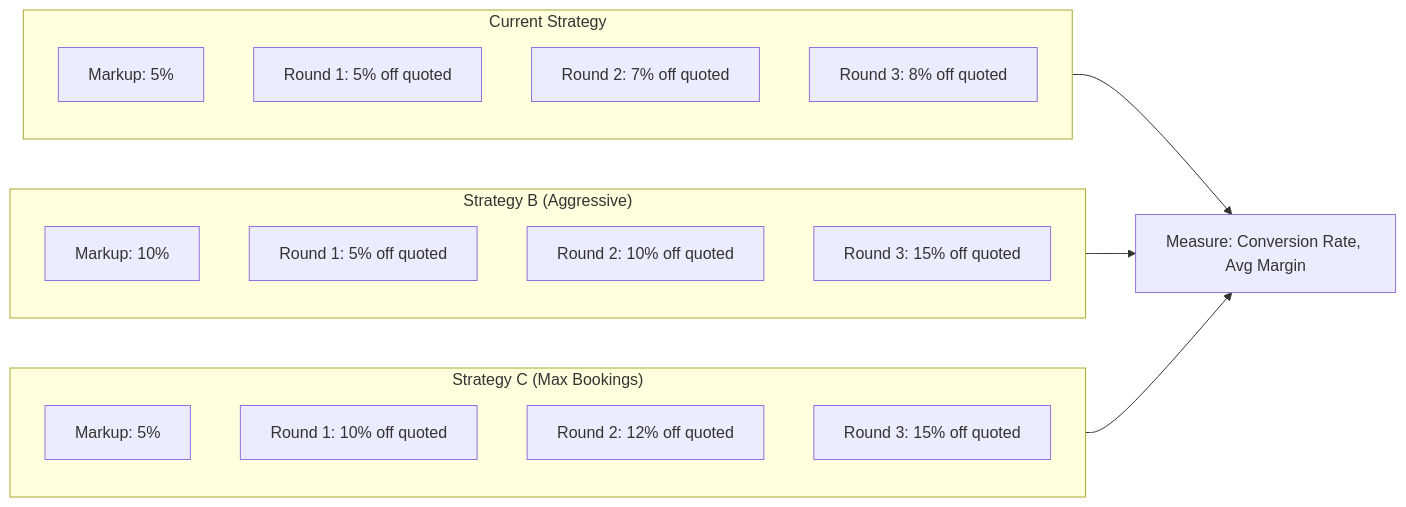
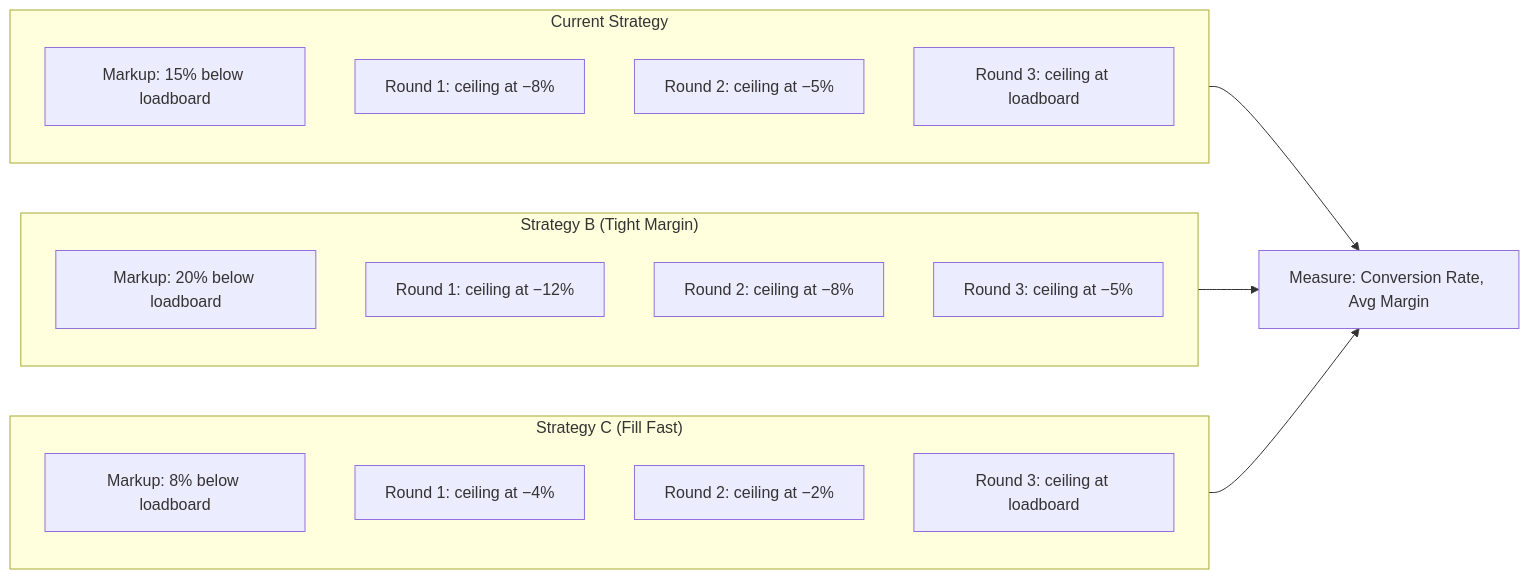
The fourth of 13 diagrams in README.md (miguelpalospou/happy-robot-challenge), drawn with Mermaid before and after one commit. The commit also changed other lines of this file and 5 other files, not shown here.

````diff
--- a/README.md
+++ b/README.md
@@ -125,27 +141,27 @@
 ```mermaid
 flowchart LR
     subgraph A["Current Strategy"]
-        A0[Markup: 5%]
-        A1[Round 1: 5% off quoted]
-        A2[Round 2: 7% off quoted]
-        A3[Round 3: 8% off quoted]
+        A0[Markup: 15% below loadboard]
+        A1[Round 1: ceiling at −8%]
+        A2[Round 2: ceiling at −5%]
+        A3[Round 3: ceiling at loadboard]
     end
 
-    subgraph B["Strategy B (Aggressive)"]
-        B0[Markup: 10%]
-        B1[Round 1: 5% off quoted]
-        B2[Round 2: 10% off quoted]
-        B3[Round 3: 15% off quoted]
+    subgraph B["Strategy B (Tight Margin)"]
+        B0[Markup: 20% below loadboard]
+        B1[Round 1: ceiling at −12%]
+        B2[Round 2: ceiling at −8%]
+        B3[Round 3: ceiling at −5%]
     end
 
-    subgraph C["Strategy C (Max Bookings)"]
-        C0[Markup: 5%]
-        C1[Round 1: 10% off quoted]
-        C2[Round 2: 12% off quoted]
-        C3[Round 3: 15% off quoted]
+    subgraph C["Strategy C (Fill Fast)"]
+        C0[Markup: 8% below loadboard]
+        C1[Round 1: ceiling at −4%]
+        C2[Round 2: ceiling at −2%]
+        C3[Round 3: ceiling at loadboard]
     end
 
     A --> M[Measure: Conversion Rate, Avg Margin]
     B --> M
     C --> M
 ```
````
